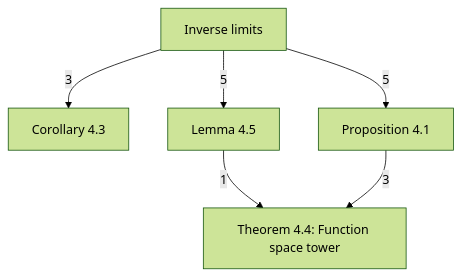
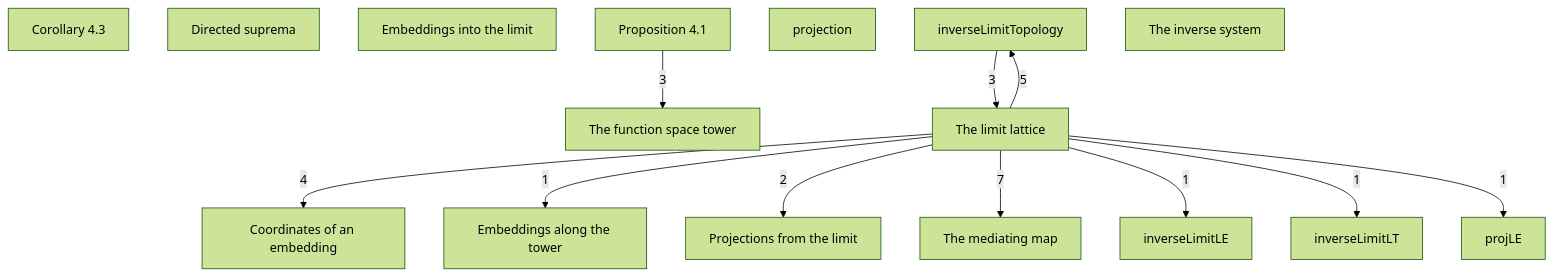
Before and after one commit to catskillsresearch/DomainTheory: the diagram in DomainTheory/ContinuousLattice/InverseLimits/1972_Inverse_limits.mermaid, drawn with Mermaid (forest theme). The commit also changed 5 other files, not shown here.

```diff
--- a/DomainTheory/ContinuousLattice/InverseLimits/1972_Inverse_limits.mermaid
+++ b/DomainTheory/ContinuousLattice/InverseLimits/1972_Inverse_limits.mermaid
@@ -1,18 +1,34 @@
 %% Notes of the inverse-limit construction.
 %% Arrowhead on the importer. The number is a direct-import count.
 %% An arrow already implied by a longer path is omitted.
 flowchart TB
 
+  Coordinates_of_an_embedd["Coordinates of an embedding"]
   Corollary_4_3["Corollary 4.3"]
-  LIM["Inverse limits"]
-  Lemma_4_5["Lemma 4.5"]
+  Directed_suprema["Directed suprema"]
+  Embeddings_along_the_tow["Embeddings along the tower"]
+  Embeddings_into_the_limi["Embeddings into the limit"]
+  inverseLimitLE["inverseLimitLE"]
+  inverseLimitLT["inverseLimitLT"]
+  inverseLimitTopology["inverseLimitTopology"]
+  projection["projection"]
+  Projections_from_the_lim["Projections from the limit"]
+  projLE["projLE"]
   Proposition_4_1["Proposition 4.1"]
-  Theorem_4_4__Function_sp["Theorem 4.4: Function space tower"]
+  The_function_space_tower["The function space tower"]
+  The_inverse_system["The inverse system"]
+  The_limit_lattice["The limit lattice"]
+  The_mediating_map["The mediating map"]
 
-  LIM -->|"3"| Corollary_4_3
-  LIM -->|"5"| Lemma_4_5
-  LIM -->|"5"| Proposition_4_1
-  Lemma_4_5 -->|"1"| Theorem_4_4__Function_sp
-  Proposition_4_1 -->|"3"| Theorem_4_4__Function_sp
+  The_limit_lattice -->|"4"| Coordinates_of_an_embedd
+  The_limit_lattice -->|"1"| Embeddings_along_the_tow
+  The_limit_lattice -->|"2"| Projections_from_the_lim
+  Proposition_4_1 -->|"3"| The_function_space_tower
+  inverseLimitTopology -->|"3"| The_limit_lattice
+  The_limit_lattice -->|"7"| The_mediating_map
+  The_limit_lattice -->|"1"| inverseLimitLE
+  The_limit_lattice -->|"1"| inverseLimitLT
+  The_limit_lattice -->|"5"| inverseLimitTopology
+  The_limit_lattice -->|"1"| projLE
 
   classDef concept fill:#dcfce7,stroke:#15803d,color:#14532d
```
